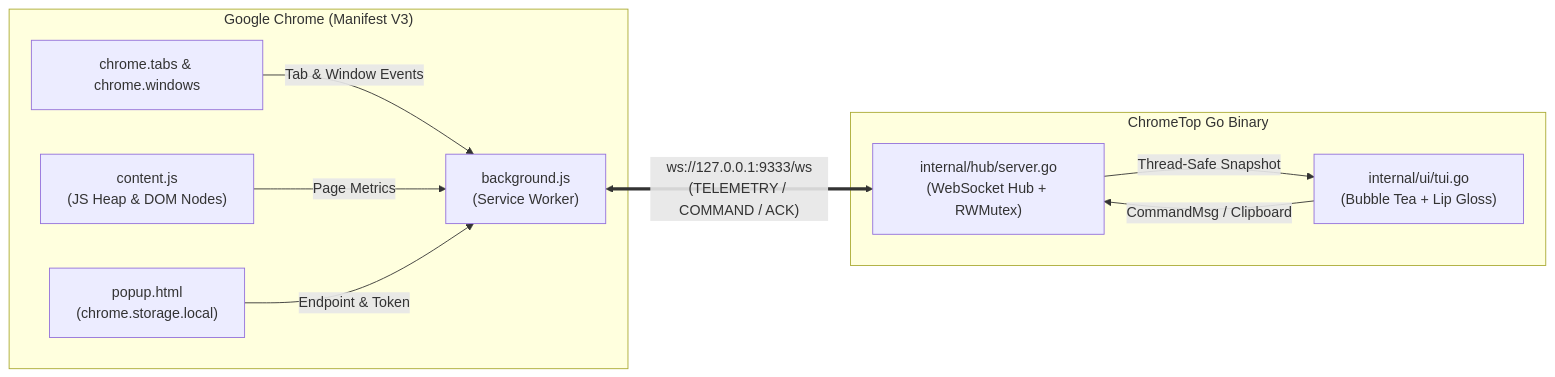
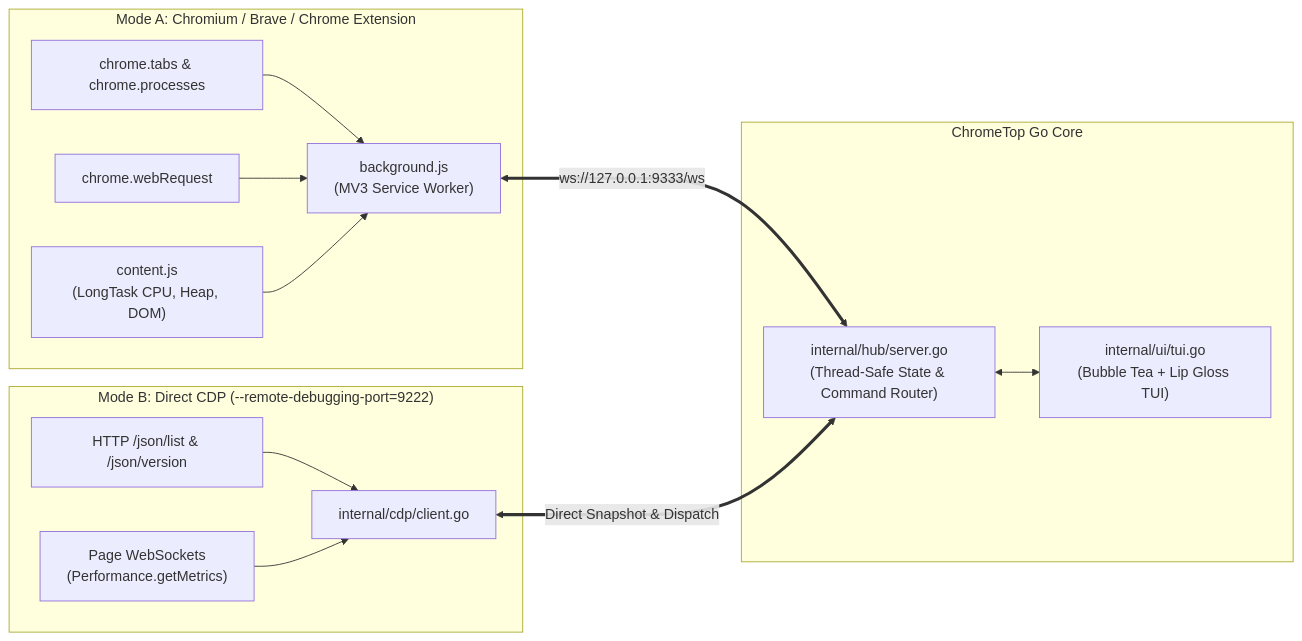
Before and after one commit to cumulus13/chrometop: the first of 2 diagrams in ARCHITECTURE.md, drawn with Mermaid. The commit also changed other lines of this file and 16 other files, not shown here.

````diff
--- a/ARCHITECTURE.md
+++ b/ARCHITECTURE.md
@@ -19,23 +11,37 @@
 ```mermaid
 flowchart LR
-    subgraph Chrome["Google Chrome (Manifest V3)"]
-        TabsAPI["chrome.tabs & chrome.windows"]
-        CS["content.js\n(JS Heap & DOM Nodes)"]
-        SW["background.js\n(Service Worker)"]
-        POP["popup.html\n(chrome.storage.local)"]
+    subgraph ExtMode["Mode A: Chromium / Brave / Chrome Extension"]
+        TabsAPI["chrome.tabs & chrome.processes"]
+        WebReq["chrome.webRequest"]
+        CS["content.js
+(LongTask CPU, Heap, DOM)"]
+        SW["background.js
+(MV3 Service Worker)"]
 
-        TabsAPI -->|Tab & Window Events| SW
-        CS -->|Page Metrics| SW
-        POP -->|Endpoint & Token| SW
+        TabsAPI --> SW
+        WebReq --> SW
+        CS --> SW
     end
 
-    subgraph GoRuntime["ChromeTop Go Binary"]
-        HUB["internal/hub/server.go\n(WebSocket Hub + RWMutex)"]
-        TUI["internal/ui/tui.go\n(Bubble Tea + Lip Gloss)"]
+    subgraph CDPMode["Mode B: Direct CDP (--remote-debugging-port=9222)"]
+        JSONList["HTTP /json/list & /json/version"]
+        PageWS["Page WebSockets
+(Performance.getMetrics)"]
+        CDPClient["internal/cdp/client.go"]
 
-        HUB -->|Thread-Safe Snapshot| TUI
-        TUI -->|CommandMsg / Clipboard| HUB
+        JSONList --> CDPClient
+        PageWS --> CDPClient
     end
 
-    SW <==>|"ws://127.0.0.1:9333/ws\n(TELEMETRY / COMMAND / ACK)"| HUB
+    subgraph GoCore["ChromeTop Go Core"]
+        HUB["internal/hub/server.go
+(Thread-Safe State & Command Router)"]
+        TUI["internal/ui/tui.go
+(Bubble Tea + Lip Gloss TUI)"]
+
+        HUB <--> TUI
+    end
+
+    SW <==>|"ws://127.0.0.1:9333/ws"| HUB
+    CDPClient <==>|"Direct Snapshot & Dispatch"| HUB
 ```
````
